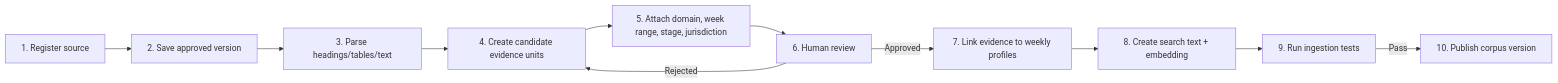
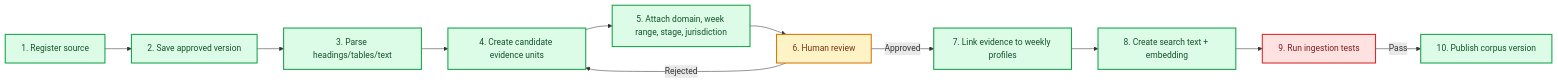
Before and after one commit to ASWATHHARISH/nestline: the third of 5 diagrams in docs/Nestline updated architecture.md, drawn with Mermaid. The commit also changed other lines of this file and 1 other file, not shown here.

Commit message:
docs: reconcile and audit Nestline architecture

````diff
--- a/docs/Nestline updated architecture.md
+++ b/docs/Nestline updated architecture.md
@@ -277,13 +500,17 @@
 ```mermaid
 flowchart LR
-    A["1. Register source"] --> B["2. Save approved version"]
-    B --> C["3. Parse headings/tables/text"]
-    C --> D["4. Create candidate evidence units"]
-    D --> E["5. Attach domain, week range, stage, jurisdiction"]
-    E --> F["6. Human review"]
+    A["1. Register source"]:::data --> B["2. Save approved version"]:::data
+    B --> C["3. Parse headings/tables/text"]:::data
+    C --> D["4. Create candidate evidence units"]:::data
+    D --> E["5. Attach domain, week range, stage, jurisdiction"]:::data
+    E --> F["6. Human review"]:::human
     F -->|Rejected| D
-    F -->|Approved| G["7. Link evidence to weekly profiles"]
-    G --> H["8. Create search text + embedding"]
-    H --> I["9. Run ingestion tests"]
-    I -->|Pass| J["10. Publish corpus version"]
+    F -->|Approved| G["7. Link evidence to weekly profiles"]:::data
+    G --> H["8. Create search text + embedding"]:::data
+    H --> I["9. Run ingestion tests"]:::control
+    I -->|Pass| J["10. Publish corpus version"]:::data
+
+    classDef human fill:#FEF3C7,stroke:#D97706,color:#78350F,stroke-width:2px;
+    classDef data fill:#DCFCE7,stroke:#16A34A,color:#14532D,stroke-width:2px;
+    classDef control fill:#FEE2E2,stroke:#DC2626,color:#7F1D1D,stroke-width:2px;
 ```
````
